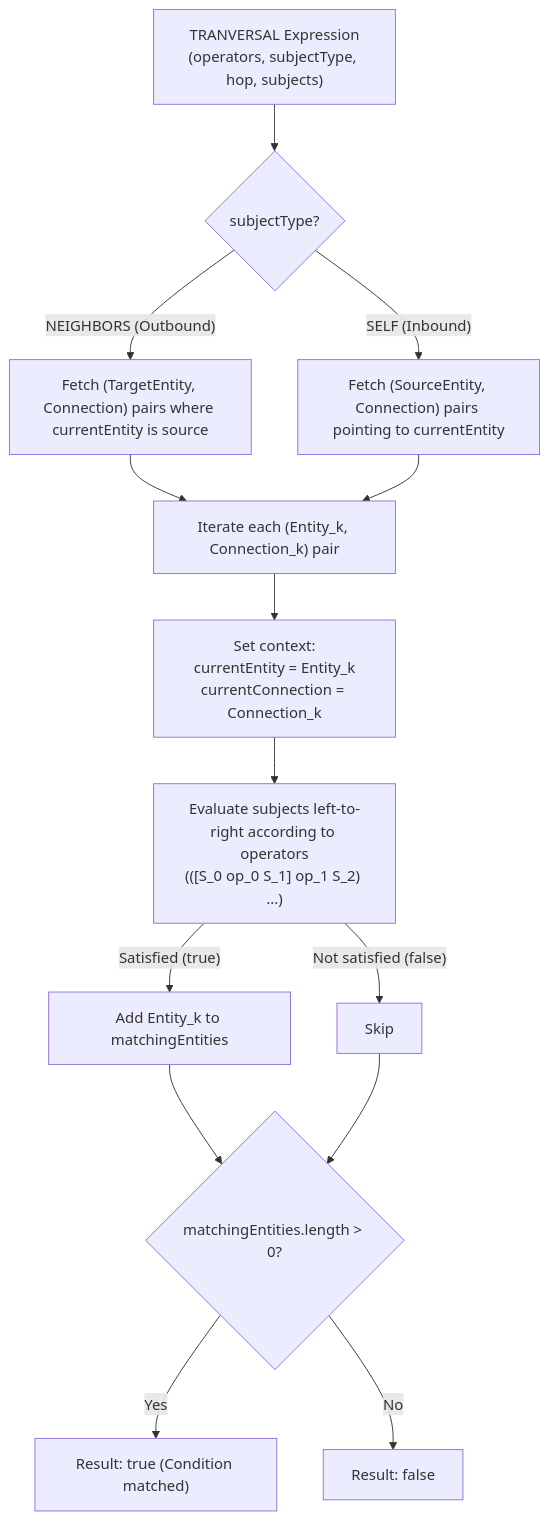
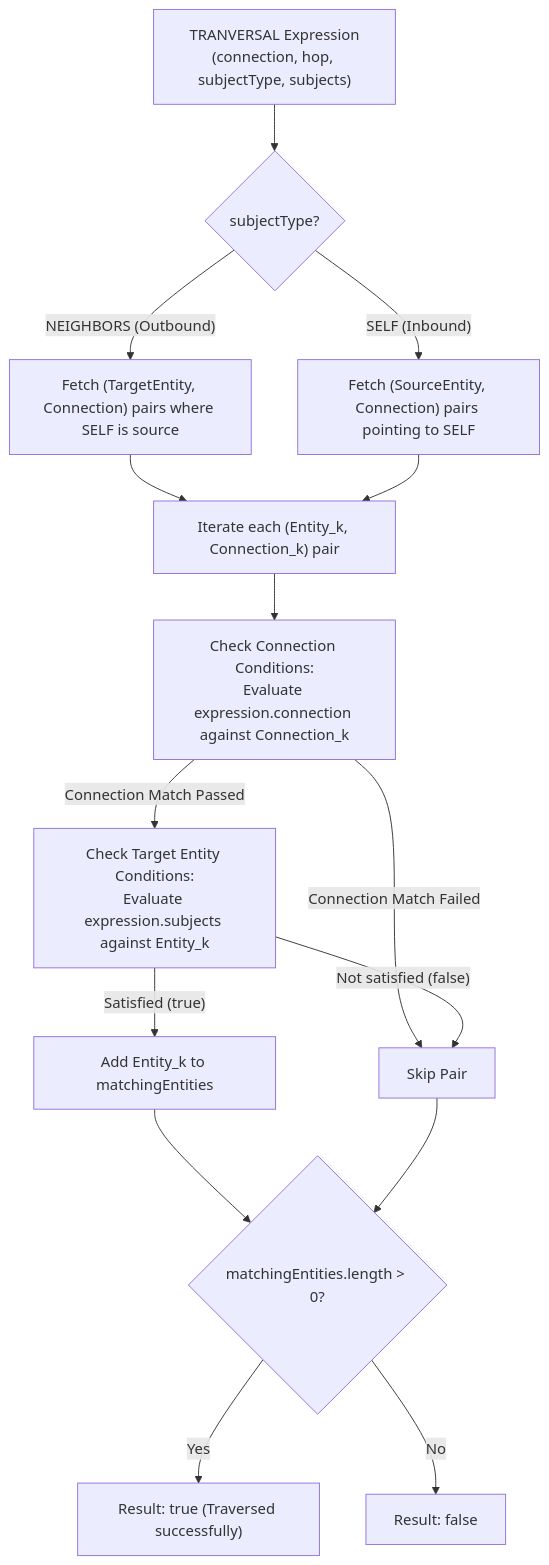
The diagram in public/docs/silic-query.md (helitoo/silic), drawn with Mermaid before and after one commit. The commit also changed other lines of this file and 37 other files, not shown here.

Commit message:
Upload query flow

````diff
--- a/public/docs/silic-query.md
+++ b/public/docs/silic-query.md
@@ -300,16 +344,17 @@
 ```mermaid
 flowchart TD
-    A["TRANVERSAL Expression<br/>(operators, subjectType, hop, subjects)"] --> B{"subjectType?"}
-    B -- "NEIGHBORS (Outbound)" --> C["Fetch (TargetEntity, Connection) pairs where currentEntity is source"]
-    B -- "SELF (Inbound)" --> D["Fetch (SourceEntity, Connection) pairs pointing to currentEntity"]
+    A["TRANVERSAL Expression<br/>(connection, hop, subjectType, subjects)"] --> B{"subjectType?"}
+    B -- "NEIGHBORS (Outbound)" --> C["Fetch (TargetEntity, Connection) pairs where SELF is source"]
+    B -- "SELF (Inbound)" --> D["Fetch (SourceEntity, Connection) pairs pointing to SELF"]
     C --> E["Iterate each (Entity_k, Connection_k) pair"]
     D --> E
-    E --> F["Set context:<br/>currentEntity = Entity_k<br/>currentConnection = Connection_k"]
-    F --> G["Evaluate subjects left-to-right according to operators<br/>(([S_0 op_0 S_1] op_1 S_2) ...)"]
-    G -- "Satisfied (true)" --> H["Add Entity_k to matchingEntities"]
-    G -- "Not satisfied (false)" --> I["Skip"]
-    H --> J{"matchingEntities.length > 0?"}
-    I --> J
-    J -- "Yes" --> K["Result: true (Condition matched)"]
+    E --> F["Check Connection Conditions:<br/>Evaluate expression.connection against Connection_k"]
+    F -- "Connection Match Failed" --> G["Skip Pair"]
+    F -- "Connection Match Passed" --> H["Check Target Entity Conditions:<br/>Evaluate expression.subjects against Entity_k"]
+    H -- "Satisfied (true)" --> I["Add Entity_k to matchingEntities"]
+    H -- "Not satisfied (false)" --> G
+    I --> J{"matchingEntities.length > 0?"}
+    G --> J
+    J -- "Yes" --> K["Result: true (Traversed successfully)"]
     J -- "No" --> L["Result: false"]
 ```
````
